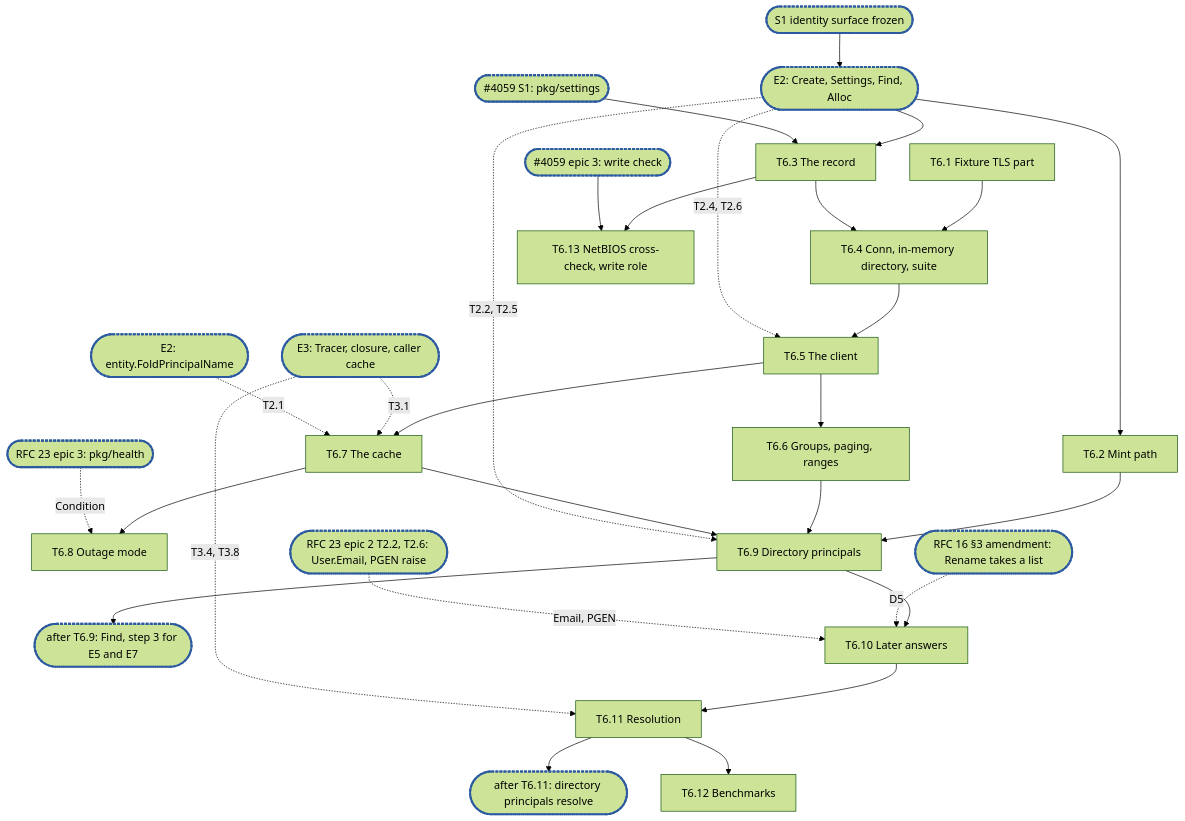
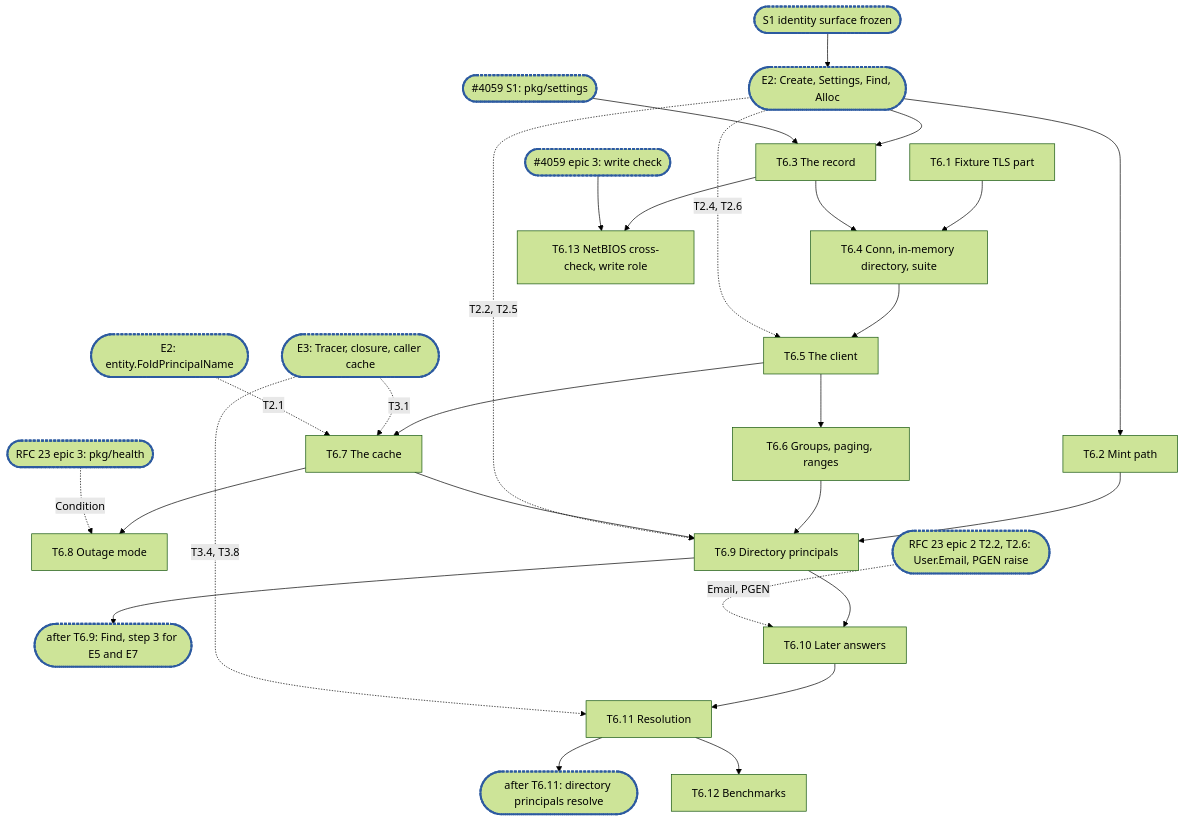
One commit to cubbit/dittofs changed the diagram in .planning/rfc-18-identity-epic6.md. Above: the diagram before and after it, drawn with Mermaid (forest theme). The commit also changed other lines of this file and 2 other files, not shown here.

First line of the commit message:
docs(rfc-16): name Rename's refusals and the refresh's re-plan

````diff
--- a/.planning/rfc-18-identity-epic6.md
+++ b/.planning/rfc-18-identity-epic6.md
@@ -913,30 +924,29 @@
 ```mermaid
 flowchart TD
   S1(["S1 identity surface frozen"]):::sync --> E2X
   E2X(["E2: Create, Settings, Find, Alloc"]):::sync --> T6_2["T6.2 Mint path"]
   E2X --> T6_3["T6.3 The record"]
   X59(["#4059 S1: pkg/settings"]):::sync --> T6_3
   T6_1["T6.1 Fixture TLS part"] --> T6_4["T6.4 Conn, in-memory directory, suite"]
   T6_3 --> T6_4
   T6_4 --> T6_5["T6.5 The client"]
   E2X -. "T2.4, T2.6" .-> T6_5
   T6_5 --> T6_6["T6.6 Groups, paging, ranges"]
   T6_5 --> T6_7["T6.7 The cache"]
   E3X(["E3: Tracer, closure, caller cache"]):::sync -. "T3.1" .-> T6_7
   E2F(["E2: entity.FoldPrincipalName"]):::sync -. "T2.1" .-> T6_7
   T6_7 --> T6_8["T6.8 Outage mode"]
   X23(["RFC 23 epic 3: pkg/health"]):::sync -. "Condition" .-> T6_8
   T6_2 & T6_6 & T6_7 --> T6_9["T6.9 Directory principals"]
   E2X -. "T2.2, T2.5" .-> T6_9
   T6_9 --> C1(["after T6.9: Find, step 3 for E5 and E7"]):::sync
   T6_9 --> T6_10["T6.10 Later answers"]
-  A16(["RFC 16 §3 amendment: Rename takes a list"]):::sync -. "D5" .-> T6_10
   X23b(["RFC 23 epic 2 T2.2, T2.6: User.Email, PGEN raise"]):::sync -. "Email, PGEN" .-> T6_10
   T6_10 --> T6_11["T6.11 Resolution"]
   E3X -. "T3.4, T3.8" .-> T6_11
   T6_11 --> C2(["after T6.11: directory principals resolve"]):::sync
   T6_11 --> T6_12["T6.12 Benchmarks"]
   T6_3 --> T6_13["T6.13 NetBIOS cross-check, write role"]
   X59E3(["#4059 epic 3: write check"]):::sync --> T6_13
   classDef sync stroke:#2c5aa0,stroke-width:3px,stroke-dasharray:4 2
 ```
````
